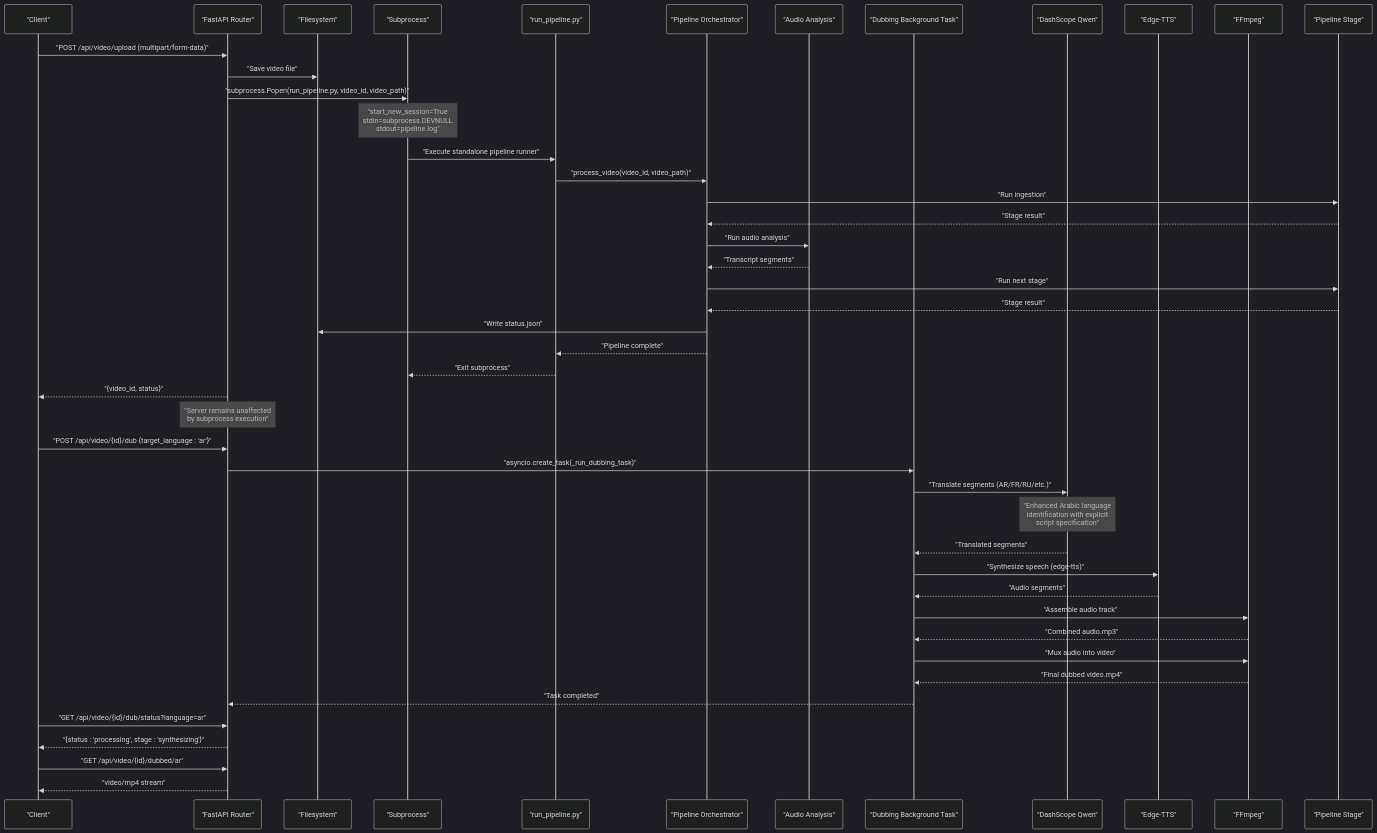
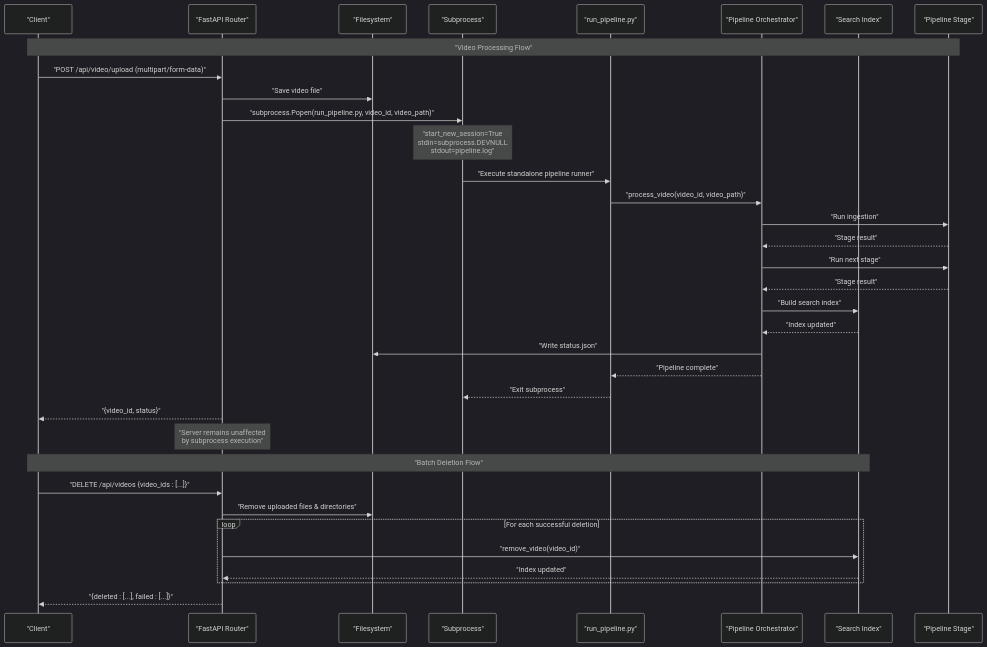
One commit to alexandreybasta-cyber/dubai-media-ai changed the second of 3 diagrams in .qoder/repowiki/en/content/Backend API Reference/Video Processing Endpoints.md. Above: the diagram before and after it, drawn with Mermaid (dark theme). The commit also changed other lines of this file and 43 other files, not shown here.

````diff
--- a/.qoder/repowiki/en/content/Backend API Reference/Video Processing Endpoints.md
+++ b/.qoder/repowiki/en/content/Backend API Reference/Video Processing Endpoints.md
@@ -217,48 +230,37 @@
 ```mermaid
 sequenceDiagram
 participant Client as "Client"
 participant API as "FastAPI Router"
 participant FS as "Filesystem"
 participant Subproc as "Subprocess"
 participant Runner as "run_pipeline.py"
 participant Orchestrator as "Pipeline Orchestrator"
-participant AudioStage as "Audio Analysis"
-participant DubbingTask as "Dubbing Background Task"
-participant Translator as "DashScope Qwen"
-participant TTS as "Edge-TTS"
-participant FFmpeg as "FFmpeg"
+participant SearchIndex as "Search Index"
 participant Stage as "Pipeline Stage"
+Note over Client,Stage : "Video Processing Flow"
 Client->>API : "POST /api/video/upload (multipart/form-data)"
 API->>FS : "Save video file"
 API->>Subproc : "subprocess.Popen(run_pipeline.py, video_id, video_path)"
 Note over Subproc : "start_new_session=True<br/>stdin=subprocess.DEVNULL<br/>stdout=pipeline.log"
 Subproc->>Runner : "Execute standalone pipeline runner"
 Runner->>Orchestrator : "process_video(video_id, video_path)"
 Orchestrator->>Stage : "Run ingestion"
 Stage-->>Orchestrator : "Stage result"
-Orchestrator->>AudioStage : "Run audio analysis"
-AudioStage-->>Orchestrator : "Transcript segments"
 Orchestrator->>Stage : "Run next stage"
 Stage-->>Orchestrator : "Stage result"
+Orchestrator->>SearchIndex : "Build search index"
+SearchIndex-->>Orchestrator : "Index updated"
 Orchestrator->>FS : "Write status.json"
 Orchestrator-->>Runner : "Pipeline complete"
 Runner-->>Subproc : "Exit subprocess"
 API-->>Client : "{video_id, status}"
 Note over API : "Server remains unaffected<br/>by subprocess execution"
-Client->>API : "POST /api/video/{id}/dub {target_language : 'ar'}"
-API->>DubbingTask : "asyncio.create_task(_run_dubbing_task)"
-DubbingTask->>Translator : "Translate segments (AR/FR/RU/etc.)"
-Note over Translator : "Enhanced Arabic language<br/>identification with explicit<br/>script specification"
-Translator-->>DubbingTask : "Translated segments"
-DubbingTask->>TTS : "Synthesize speech (edge-tts)"
-TTS-->>DubbingTask : "Audio segments"
-DubbingTask->>FFmpeg : "Assemble audio track"
-FFmpeg-->>DubbingTask : "Combined audio.mp3"
-DubbingTask->>FFmpeg : "Mux audio into video"
-FFmpeg-->>DubbingTask : "Final dubbed video.mp4"
-DubbingTask-->>API : "Task completed"
-Client->>API : "GET /api/video/{id}/dub/status?language=ar"
-API-->>Client : "{status : 'processing', stage : 'synthesizing'}"
-Client->>API : "GET /api/video/{id}/dubbed/ar"
-API-->>Client : "video/mp4 stream"
+Note over Client,SearchIndex : "Batch Deletion Flow"
+Client->>API : "DELETE /api/videos {video_ids : [...]}"
+API->>FS : "Remove uploaded files & directories"
+loop For each successful deletion
+API->>SearchIndex : "remove_video(video_id)"
+SearchIndex-->>API : "Index updated"
+end
+API-->>Client : "{deleted : [...], failed : [...]}"
 ```
````
